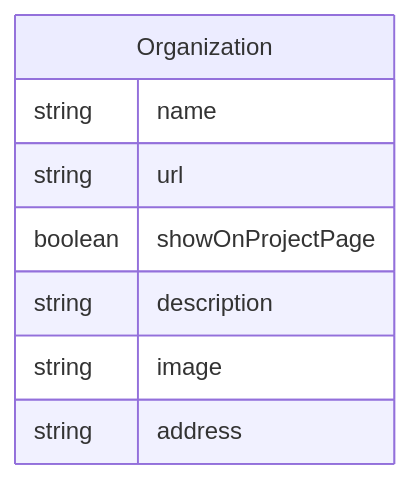
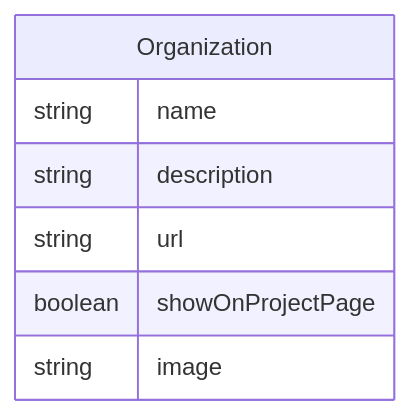
One commit to regen-network/regen-data-standards changed the diagram in schema/generated/Organization.md. Above: the diagram before and after it, drawn with Mermaid. The commit also changed other lines of this file and 86 other files, not shown here.

````diff
--- a/schema/generated/Organization.md
+++ b/schema/generated/Organization.md
@@ -11,14 +11,13 @@
 ```mermaid
 erDiagram
 Organization {
     string name  
+    string description  
     string url  
     boolean showOnProjectPage  
-    string description  
     string image  
-    string address  
 }
 
 
 
 ```
````
